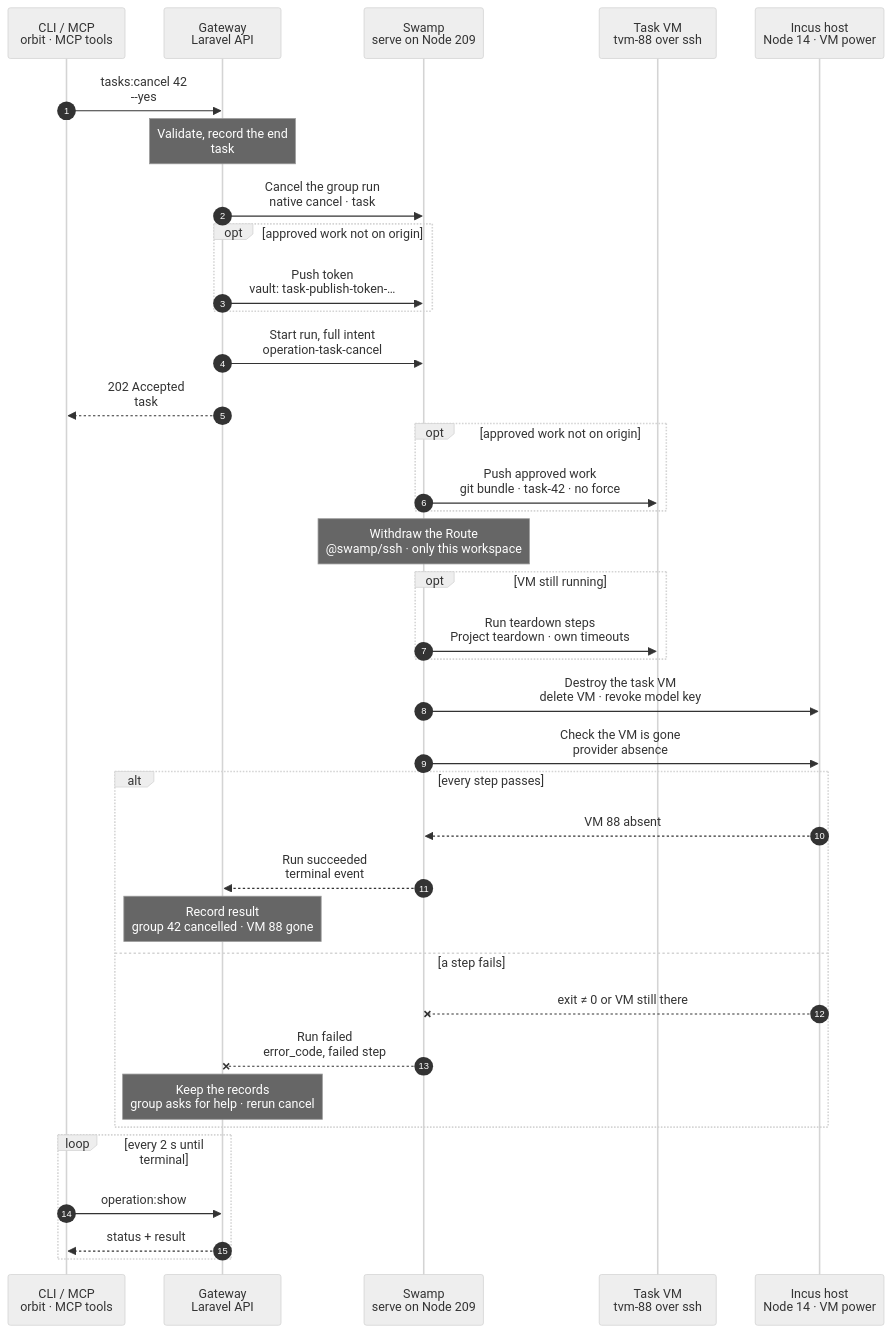
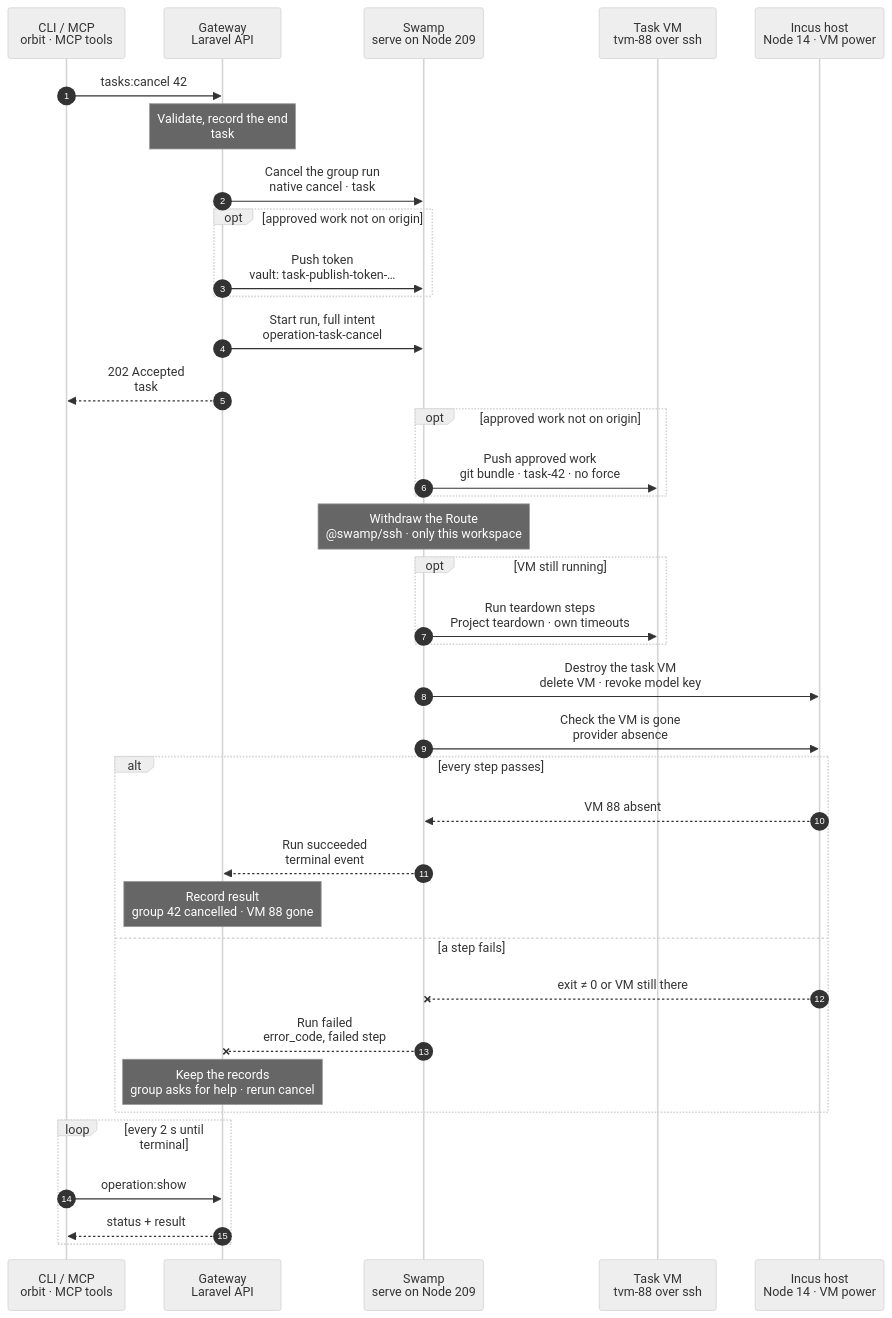
Before and after one commit to hardimpactdev/orbit: the diagram in docs/cli/tasks/cancel.mmd, drawn with Mermaid (neutral theme). The commit also changed 4 other files, not shown here.

Commit message:
docs(tasks): draw required parameters on the main path (flow rule 23)

```diff
--- a/docs/cli/tasks/cancel.mmd
+++ b/docs/cli/tasks/cancel.mmd
@@ -1,125 +1,125 @@
 sequenceDiagram
   %% Target design: ADR 0244 (one task:cancel; ending a group with cleanup is its own action kind), docs/reference/tasks.md "Cancel a stuck task", DECISIONS R2-R4, flow-design-decisions 1 (token minted at admission).
   %% Tightened: flow-tighten 2026-11-02, rules 16, 20 (no power read first: each guest step carries a guard on the VM's power, and the delete is safe to repeat).
   %% status: draft
   %% command: tasks:cancel
   %% kind: tasks.cancel
   autonumber
   %% lane CLI icon=terminal pill=caller tone=gray
   %% lane GW icon=gateway pill=intent tone=blue
   %% lane SW icon=workflow pill=executes tone=green
   %% lane VM icon=server pill=target tone=amber
   %% lane H icon=server pill=target tone=purple
   participant CLI as CLI / MCP<br/>orbit · MCP tools
   participant GW as Gateway<br/>Laravel API
   participant SW as Swamp<br/>serve on Node 209
   participant VM as Task VM<br/>tvm-88 over ssh
   participant H as Incus host<br/>Node 14 · VM power
-  CLI->>GW: tasks:cancel 42<br/>--yes
+  CLI->>GW: tasks:cancel 42
   %%> Command:
   %%> - `orbit tasks:cancel 42 --yes`
   %%> - syntax: `[group] [--yes] [--json]`
   %%> Input:
   %%> - the task group id; omitting it uses the standard selector
   %%> Confirmation:
   %%> - without `--yes`, the CLI first asks to cancel group 42 and remove its task VM; the default is No
   %%> Also:
   %%> - `tasks:complete 42` admits the same ending when its pull request merged or closed; the group then ends `completed`
   %%> Who can call it:
   %%> - the `orbit` CLI and the MCP tool `tasks-cancel` send the same request
   Note over GW: Validate, record the end<br/>task #5141 · group 42 ending
   %%> Requirements:
   %%> - your Node has Gateway access, and the Tasks extension is on
   %%> - group 42 is not `completed`, and not `settling` with a pull request (complete it instead)
   %%> - no other ending task holds `task_group:42`
   %%> Result:
   %%> - task #5141 recorded with the full intent: VM 88, Node 14, the workspace, its Route, the teardown steps and the last approved commit
   %%> - a group with no workspace ends `cancelled` at once, with no run (R1)
   GW->>SW: Cancel the group run<br/>native cancel · task #5140
   %%> What it does:
   %%> - cancels the group's root task; Swamp cancels its running Pi turn or check and tears down their SSH sessions
   %%> Busy:
   %%> - the Gateway waits briefly for the terminal event within the budget; a run that does not end returns `operation.target_busy`, and nothing changes
   opt approved work not on origin
     GW->>SW: Push token<br/>vault: task-publish-token-…
     %%> When:
     %%> - a subtask was approved but its commit was never pushed
     %%> Why:
     %%> - this run is short, so the Gateway mints the token at admission and writes it to the vault
   end
   GW->>SW: Start run, full intent<br/>operation-task-cancel
   %%> What it does:
   %%> - starts one Swamp run on serve (Node 209)
   %%> Inputs:
   %%> - VM 88, Node 14, the checkout path and its SSH host key; the SSH identity comes from the `swamp` role
   GW-->>CLI: 202 Accepted<br/>task #5141
   %%> What you get:
   %%> - the task number and a compact input summary; the full execution plan stays in the Gateway
   %%> Next:
   %%> - the CLI follows the task with `operation:show`
   opt approved work not on origin
     SW->>VM: Push approved work<br/>git bundle · task-42 · no force
     %%> What it does:
     %%> - exports the approved commit as a Git bundle and pushes it from 209, so you can open a pull request from `task-42`
     %%> - uncommitted changes are never pushed
     %%> If it fails:
     %%> - the run stops before any removal, so the work stays in the VM
     %%> Guard:
     %%> - runs only while VM 88 runs; guest steps never run on a stopped VM, so no power read runs first
   end
   Note over SW: Withdraw the Route<br/>@swamp/ssh · only this workspace
   %%> When:
   %%> - only when one Route targets this workspace alone; a shared or foreign Route refuses the end
   %%> What it does:
   %%> - removes the Route's Caddy site on its Node before the VM goes
   opt VM still running
     SW->>VM: Run teardown steps<br/>Project teardown · own timeouts
     %%> When:
     %%> - a `guard` on the provider's power state: only while VM 88 runs; a stopped VM skips guest teardown
     %%> How:
     %%> - each command writes its output to a file on the VM; `output_copy` downloads them and `output` keeps a redacted 4 KiB tail of each, so raw output never reaches native history
   end
   SW->>H: Destroy the task VM<br/>delete VM · revoke model key
   %%> What it does:
   %%> - deletes VM 88 and revokes its model key
   %%> Per provider:
   %%> - Incus: `incus delete` on Node 14 over SSH
   %%> - UpCloud overflow: the UpCloud API from 209
   SW->>H: Check the VM is gone<br/>provider absence
   %%> Why:
   %%> - the VM only counts as removed when the provider no longer has it
   alt every step passes
     H-->>SW: VM 88 absent
     %%> Returns:
     %%> - the check passed
     SW-->>GW: Run succeeded<br/>terminal event
     %%> How the Gateway learns it:
     %%> - its shared run reader sees the terminal event; Swamp never calls the Gateway
     Note over GW: Record result<br/>group 42 cancelled · VM 88 gone
     %%> Result:
     %%> - group 42 and its open subtasks are `cancelled`; comments, threads and transcripts stay as history
     %%> - the workspace Instance, its Route record, VM 88 and the `tvm-88` Node record are removed
     %%> - task #5141 succeeds
   else a step fails
     H--xSW: exit ≠ 0 or VM still there
     %%> When:
     %%> - the push, Route withdrawal, teardown or deletion fails
     SW--xGW: Run failed<br/>error_code, failed step
     %%> The Gateway reads:
     %%> - which step failed and its error code
     Note over GW: Keep the records<br/>group asks for help · rerun cancel
     %%> Result:
     %%> - task #5141 fails; group 42 keeps its status, its workspace and VM 88, and asks for `removal_failure` assistance
     %%> On the Node:
     %%> - steps done before the failure stay; there is no rollback
     %%> Retry:
     %%> - run `tasks:cancel 42` again after fixing the cause; it is a new task, and done steps find nothing left to do
   end
   loop every 2 s until terminal
     CLI->>GW: operation:show #5141
     %%> What it does:
     %%> - asks for the task's status every 2 seconds until it has ended
     GW-->>CLI: status + result
     %%> Returns:
     %%> - the current status, and the result once the task has ended
   end
```
